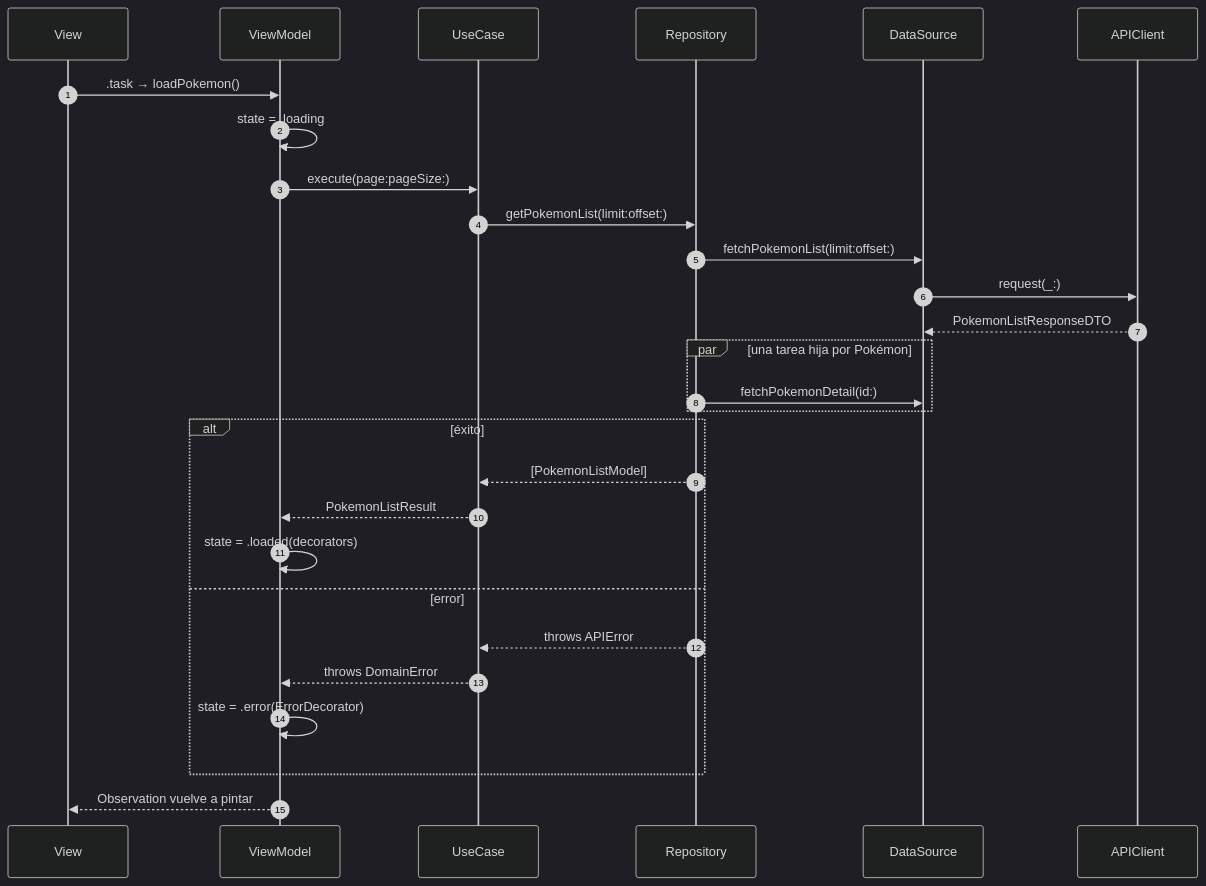
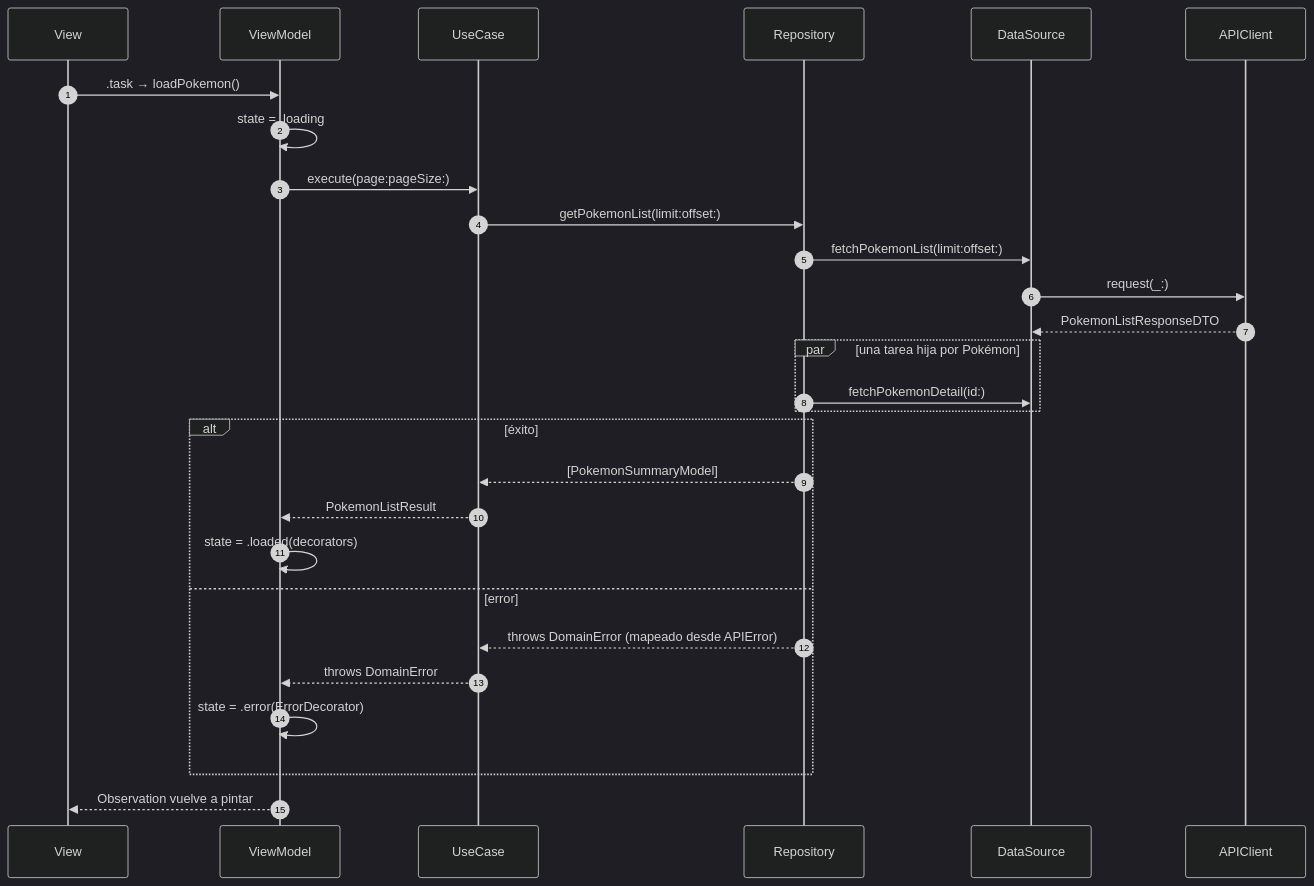
The second of 3 diagrams in README.es.md (magnoscg/ios-architecture-reference), drawn with Mermaid (dark theme) before and after one commit. The commit also changed other lines of this file and 7 other files, not shown here.

````diff
--- a/README.es.md
+++ b/README.es.md
@@ -136,30 +136,30 @@
 ```mermaid
 sequenceDiagram
     autonumber
     participant View
     participant VM as ViewModel
     participant UC as UseCase
     participant Repo as Repository
     participant DS as DataSource
     participant API as APIClient
     View->>VM: .task → loadPokemon()
     VM->>VM: state = .loading
     VM->>UC: execute(page:pageSize:)
     UC->>Repo: getPokemonList(limit:offset:)
     Repo->>DS: fetchPokemonList(limit:offset:)
     DS->>API: request(_:)
     API-->>DS: PokemonListResponseDTO
     par una tarea hija por Pokémon
         Repo->>DS: fetchPokemonDetail(id:)
     end
     alt éxito
-        Repo-->>UC: [PokemonListModel]
+        Repo-->>UC: [PokemonSummaryModel]
         UC-->>VM: PokemonListResult
         VM->>VM: state = .loaded(decorators)
     else error
-        Repo-->>UC: throws APIError
+        Repo-->>UC: throws DomainError (mapeado desde APIError)
         UC-->>VM: throws DomainError
         VM->>VM: state = .error(ErrorDecorator)
     end
     VM-->>View: Observation vuelve a pintar
 ```
````
